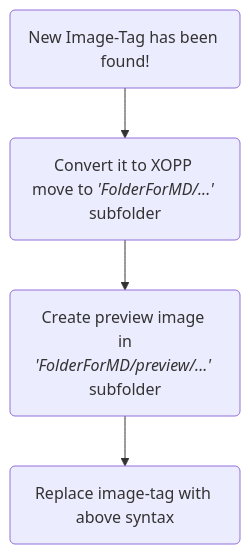
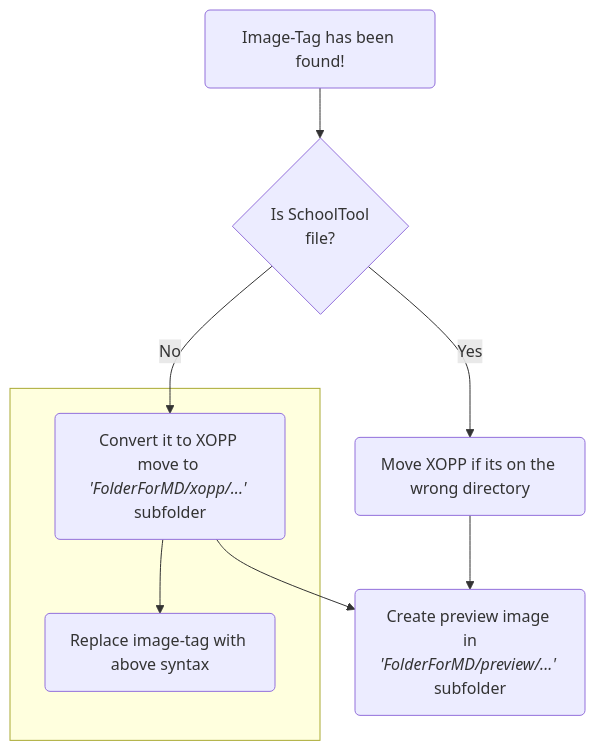
Before and after one commit to OsiPog/school-tool: the diagram in CONCEPT.md, drawn with Mermaid. The commit also changed other lines of this file, not shown here.

Commit message:
concept updates

````diff
--- a/CONCEPT.md
+++ b/CONCEPT.md
@@ -30,7 +36,22 @@
 ```mermaid
 graph TD
-new("New Image-Tag has been found!")
--->conv("Convert it to XOPP <br/>move to <i>'FolderForMD/...'</i> subfolder")
--->cre("Create preview image <br/> in <i>'FolderForMD/preview/...'</i> subfolder")
--->fin("Replace image-tag with above syntax")
+new("Image-Tag has been found!")
+conv("Convert it to XOPP <br/>move to <i>'FolderForMD/xopp/...'</i> subfolder")
+cre("Create preview image <br/> in <i>'FolderForMD/preview/...'</i> subfolder")
+fin("Replace image-tag with above syntax")
+move("Move XOPP if its on the wrong directory")
+
+q_st{"Is SchoolTool<br> file?"}
+
+new-->q_st
+q_st-->|No|conv
+
+q_st-->|Yes|move-->cre
+
+subgraph  
+conv-->fin
+end
+
+
+conv-->cre
 ```
````
